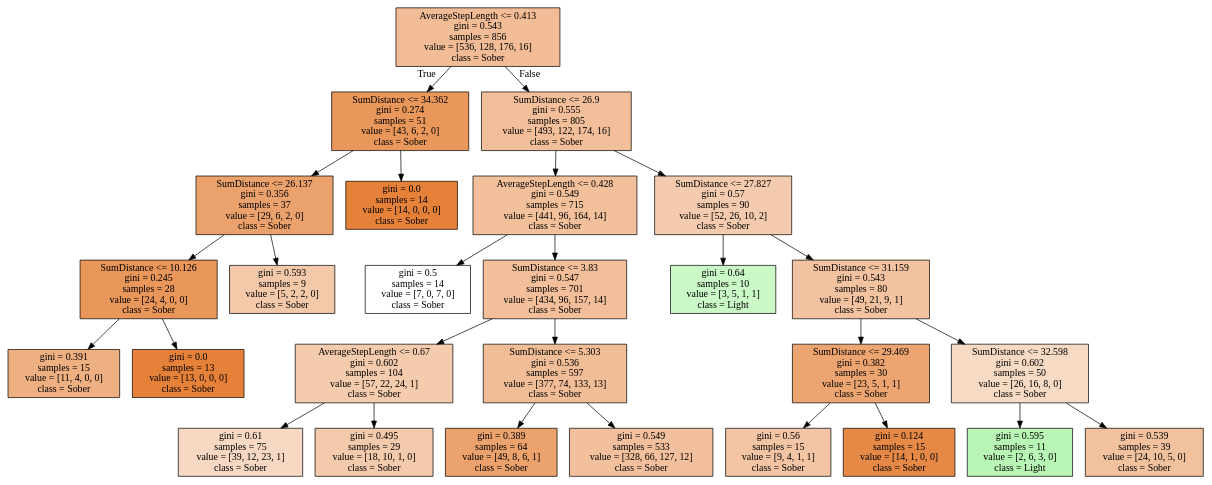
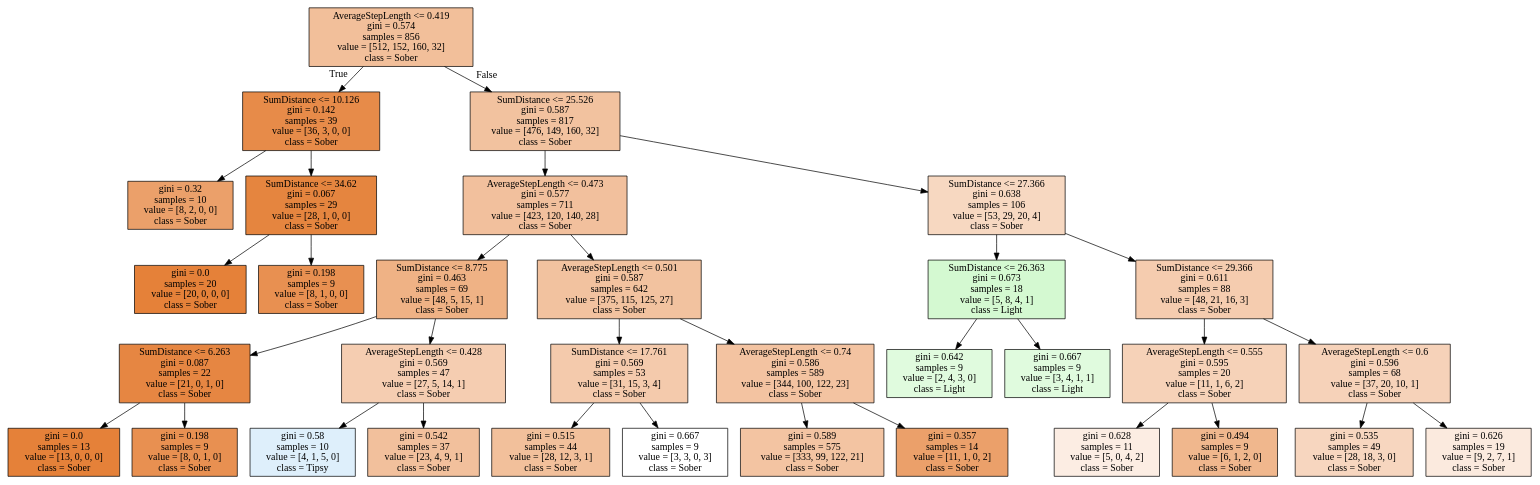
The diagram in Machine_learning/tree_alchohol.dot (VivienvV/fallrisk), drawn with Graphviz before and after one commit. The commit also changed 4 other files, not shown here.

```diff
--- a/Machine_learning/tree_alchohol.dot
+++ b/Machine_learning/tree_alchohol.dot
@@ -1,56 +1,68 @@
 digraph Tree {
 node [shape=box, style="filled", color="black"] ;
-0 [label="AverageStepLength <= 0.413\ngini = 0.543\nsamples = 856\nvalue = [536, 128, 176, 16]\nclass = Sober", fillcolor="#e5813987"] ;
-1 [label="SumDistance <= 34.362\ngini = 0.274\nsamples = 51\nvalue = [43, 6, 2, 0]\nclass = Sober", fillcolor="#e58139d2"] ;
+0 [label="AverageStepLength <= 0.419\ngini = 0.574\nsamples = 856\nvalue = [512, 152, 160, 32]\nclass = Sober", fillcolor="#e5813981"] ;
+1 [label="SumDistance <= 10.126\ngini = 0.142\nsamples = 39\nvalue = [36, 3, 0, 0]\nclass = Sober", fillcolor="#e58139ea"] ;
 0 -> 1 [labeldistance=2.5, labelangle=45, headlabel="True"] ;
-2 [label="SumDistance <= 26.137\ngini = 0.356\nsamples = 37\nvalue = [29, 6, 2, 0]\nclass = Sober", fillcolor="#e58139bd"] ;
+2 [label="gini = 0.32\nsamples = 10\nvalue = [8, 2, 0, 0]\nclass = Sober", fillcolor="#e58139bf"] ;
 1 -> 2 ;
-3 [label="SumDistance <= 10.126\ngini = 0.245\nsamples = 28\nvalue = [24, 4, 0, 0]\nclass = Sober", fillcolor="#e58139d4"] ;
-2 -> 3 ;
-4 [label="gini = 0.391\nsamples = 15\nvalue = [11, 4, 0, 0]\nclass = Sober", fillcolor="#e58139a2"] ;
+3 [label="SumDistance <= 34.62\ngini = 0.067\nsamples = 29\nvalue = [28, 1, 0, 0]\nclass = Sober", fillcolor="#e58139f6"] ;
+1 -> 3 ;
+4 [label="gini = 0.0\nsamples = 20\nvalue = [20, 0, 0, 0]\nclass = Sober", fillcolor="#e58139ff"] ;
 3 -> 4 ;
-5 [label="gini = 0.0\nsamples = 13\nvalue = [13, 0, 0, 0]\nclass = Sober", fillcolor="#e58139ff"] ;
+5 [label="gini = 0.198\nsamples = 9\nvalue = [8, 1, 0, 0]\nclass = Sober", fillcolor="#e58139df"] ;
 3 -> 5 ;
-6 [label="gini = 0.593\nsamples = 9\nvalue = [5, 2, 2, 0]\nclass = Sober", fillcolor="#e581396d"] ;
-2 -> 6 ;
-7 [label="gini = 0.0\nsamples = 14\nvalue = [14, 0, 0, 0]\nclass = Sober", fillcolor="#e58139ff"] ;
-1 -> 7 ;
-8 [label="SumDistance <= 26.9\ngini = 0.555\nsamples = 805\nvalue = [493, 122, 174, 16]\nclass = Sober", fillcolor="#e5813981"] ;
-0 -> 8 [labeldistance=2.5, labelangle=-45, headlabel="False"] ;
-9 [label="AverageStepLength <= 0.428\ngini = 0.549\nsamples = 715\nvalue = [441, 96, 164, 14]\nclass = Sober", fillcolor="#e5813980"] ;
+6 [label="SumDistance <= 25.526\ngini = 0.587\nsamples = 817\nvalue = [476, 149, 160, 32]\nclass = Sober", fillcolor="#e581397b"] ;
+0 -> 6 [labeldistance=2.5, labelangle=-45, headlabel="False"] ;
+7 [label="AverageStepLength <= 0.473\ngini = 0.577\nsamples = 711\nvalue = [423, 120, 140, 28]\nclass = Sober", fillcolor="#e581397e"] ;
+6 -> 7 ;
+8 [label="SumDistance <= 8.775\ngini = 0.463\nsamples = 69\nvalue = [48, 5, 15, 1]\nclass = Sober", fillcolor="#e581399c"] ;
+7 -> 8 ;
+9 [label="SumDistance <= 6.263\ngini = 0.087\nsamples = 22\nvalue = [21, 0, 1, 0]\nclass = Sober", fillcolor="#e58139f3"] ;
 8 -> 9 ;
-10 [label="gini = 0.5\nsamples = 14\nvalue = [7, 0, 7, 0]\nclass = Sober", fillcolor="#e5813900"] ;
+10 [label="gini = 0.0\nsamples = 13\nvalue = [13, 0, 0, 0]\nclass = Sober", fillcolor="#e58139ff"] ;
 9 -> 10 ;
-11 [label="SumDistance <= 3.83\ngini = 0.547\nsamples = 701\nvalue = [434, 96, 157, 14]\nclass = Sober", fillcolor="#e5813982"] ;
+11 [label="gini = 0.198\nsamples = 9\nvalue = [8, 0, 1, 0]\nclass = Sober", fillcolor="#e58139df"] ;
 9 -> 11 ;
-12 [label="AverageStepLength <= 0.67\ngini = 0.602\nsamples = 104\nvalue = [57, 22, 24, 1]\nclass = Sober", fillcolor="#e5813969"] ;
-11 -> 12 ;
-13 [label="gini = 0.61\nsamples = 75\nvalue = [39, 12, 23, 1]\nclass = Sober", fillcolor="#e581394e"] ;
+12 [label="AverageStepLength <= 0.428\ngini = 0.569\nsamples = 47\nvalue = [27, 5, 14, 1]\nclass = Sober", fillcolor="#e5813964"] ;
+8 -> 12 ;
+13 [label="gini = 0.58\nsamples = 10\nvalue = [4, 1, 5, 0]\nclass = Tipsy", fillcolor="#399de52a"] ;
 12 -> 13 ;
-14 [label="gini = 0.495\nsamples = 29\nvalue = [18, 10, 1, 0]\nclass = Sober", fillcolor="#e581396b"] ;
+14 [label="gini = 0.542\nsamples = 37\nvalue = [23, 4, 9, 1]\nclass = Sober", fillcolor="#e581397f"] ;
 12 -> 14 ;
-15 [label="SumDistance <= 5.303\ngini = 0.536\nsamples = 597\nvalue = [377, 74, 133, 13]\nclass = Sober", fillcolor="#e5813986"] ;
-11 -> 15 ;
-16 [label="gini = 0.389\nsamples = 64\nvalue = [49, 8, 6, 1]\nclass = Sober", fillcolor="#e58139bb"] ;
+15 [label="AverageStepLength <= 0.501\ngini = 0.587\nsamples = 642\nvalue = [375, 115, 125, 27]\nclass = Sober", fillcolor="#e581397b"] ;
+7 -> 15 ;
+16 [label="SumDistance <= 17.761\ngini = 0.569\nsamples = 53\nvalue = [31, 15, 3, 4]\nclass = Sober", fillcolor="#e581396b"] ;
 15 -> 16 ;
-17 [label="gini = 0.549\nsamples = 533\nvalue = [328, 66, 127, 12]\nclass = Sober", fillcolor="#e581397e"] ;
-15 -> 17 ;
-18 [label="SumDistance <= 27.827\ngini = 0.57\nsamples = 90\nvalue = [52, 26, 10, 2]\nclass = Sober", fillcolor="#e5813968"] ;
-8 -> 18 ;
-19 [label="gini = 0.64\nsamples = 10\nvalue = [3, 5, 1, 1]\nclass = Light", fillcolor="#47e53949"] ;
-18 -> 19 ;
-20 [label="SumDistance <= 31.159\ngini = 0.543\nsamples = 80\nvalue = [49, 21, 9, 1]\nclass = Sober", fillcolor="#e5813979"] ;
-18 -> 20 ;
-21 [label="SumDistance <= 29.469\ngini = 0.382\nsamples = 30\nvalue = [23, 5, 1, 1]\nclass = Sober", fillcolor="#e58139b8"] ;
-20 -> 21 ;
-22 [label="gini = 0.56\nsamples = 15\nvalue = [9, 4, 1, 1]\nclass = Sober", fillcolor="#e5813974"] ;
-21 -> 22 ;
-23 [label="gini = 0.124\nsamples = 15\nvalue = [14, 1, 0, 0]\nclass = Sober", fillcolor="#e58139ed"] ;
-21 -> 23 ;
-24 [label="SumDistance <= 32.598\ngini = 0.602\nsamples = 50\nvalue = [26, 16, 8, 0]\nclass = Sober", fillcolor="#e581394b"] ;
-20 -> 24 ;
-25 [label="gini = 0.595\nsamples = 11\nvalue = [2, 6, 3, 0]\nclass = Light", fillcolor="#47e53960"] ;
-24 -> 25 ;
-26 [label="gini = 0.539\nsamples = 39\nvalue = [24, 10, 5, 0]\nclass = Sober", fillcolor="#e581397b"] ;
-24 -> 26 ;
+17 [label="gini = 0.515\nsamples = 44\nvalue = [28, 12, 3, 1]\nclass = Sober", fillcolor="#e5813980"] ;
+16 -> 17 ;
+18 [label="gini = 0.667\nsamples = 9\nvalue = [3, 3, 0, 3]\nclass = Sober", fillcolor="#e5813900"] ;
+16 -> 18 ;
+19 [label="AverageStepLength <= 0.74\ngini = 0.586\nsamples = 589\nvalue = [344, 100, 122, 23]\nclass = Sober", fillcolor="#e5813979"] ;
+15 -> 19 ;
+20 [label="gini = 0.589\nsamples = 575\nvalue = [333, 99, 122, 21]\nclass = Sober", fillcolor="#e5813977"] ;
+19 -> 20 ;
+21 [label="gini = 0.357\nsamples = 14\nvalue = [11, 1, 0, 2]\nclass = Sober", fillcolor="#e58139bf"] ;
+19 -> 21 ;
+22 [label="SumDistance <= 27.366\ngini = 0.638\nsamples = 106\nvalue = [53, 29, 20, 4]\nclass = Sober", fillcolor="#e581394f"] ;
+6 -> 22 ;
+23 [label="SumDistance <= 26.363\ngini = 0.673\nsamples = 18\nvalue = [5, 8, 4, 1]\nclass = Light", fillcolor="#47e5393b"] ;
+22 -> 23 ;
+24 [label="gini = 0.642\nsamples = 9\nvalue = [2, 4, 3, 0]\nclass = Light", fillcolor="#47e5392a"] ;
+23 -> 24 ;
+25 [label="gini = 0.667\nsamples = 9\nvalue = [3, 4, 1, 1]\nclass = Light", fillcolor="#47e5392a"] ;
+23 -> 25 ;
+26 [label="SumDistance <= 29.366\ngini = 0.611\nsamples = 88\nvalue = [48, 21, 16, 3]\nclass = Sober", fillcolor="#e5813967"] ;
+22 -> 26 ;
+27 [label="AverageStepLength <= 0.555\ngini = 0.595\nsamples = 20\nvalue = [11, 1, 6, 2]\nclass = Sober", fillcolor="#e581395b"] ;
+26 -> 27 ;
+28 [label="gini = 0.628\nsamples = 11\nvalue = [5, 0, 4, 2]\nclass = Sober", fillcolor="#e5813924"] ;
+27 -> 28 ;
+29 [label="gini = 0.494\nsamples = 9\nvalue = [6, 1, 2, 0]\nclass = Sober", fillcolor="#e5813992"] ;
+27 -> 29 ;
+30 [label="AverageStepLength <= 0.6\ngini = 0.596\nsamples = 68\nvalue = [37, 20, 10, 1]\nclass = Sober", fillcolor="#e581395a"] ;
+26 -> 30 ;
+31 [label="gini = 0.535\nsamples = 49\nvalue = [28, 18, 3, 0]\nclass = Sober", fillcolor="#e5813952"] ;
+30 -> 31 ;
+32 [label="gini = 0.626\nsamples = 19\nvalue = [9, 2, 7, 1]\nclass = Sober", fillcolor="#e581392a"] ;
+30 -> 32 ;
 }
```
